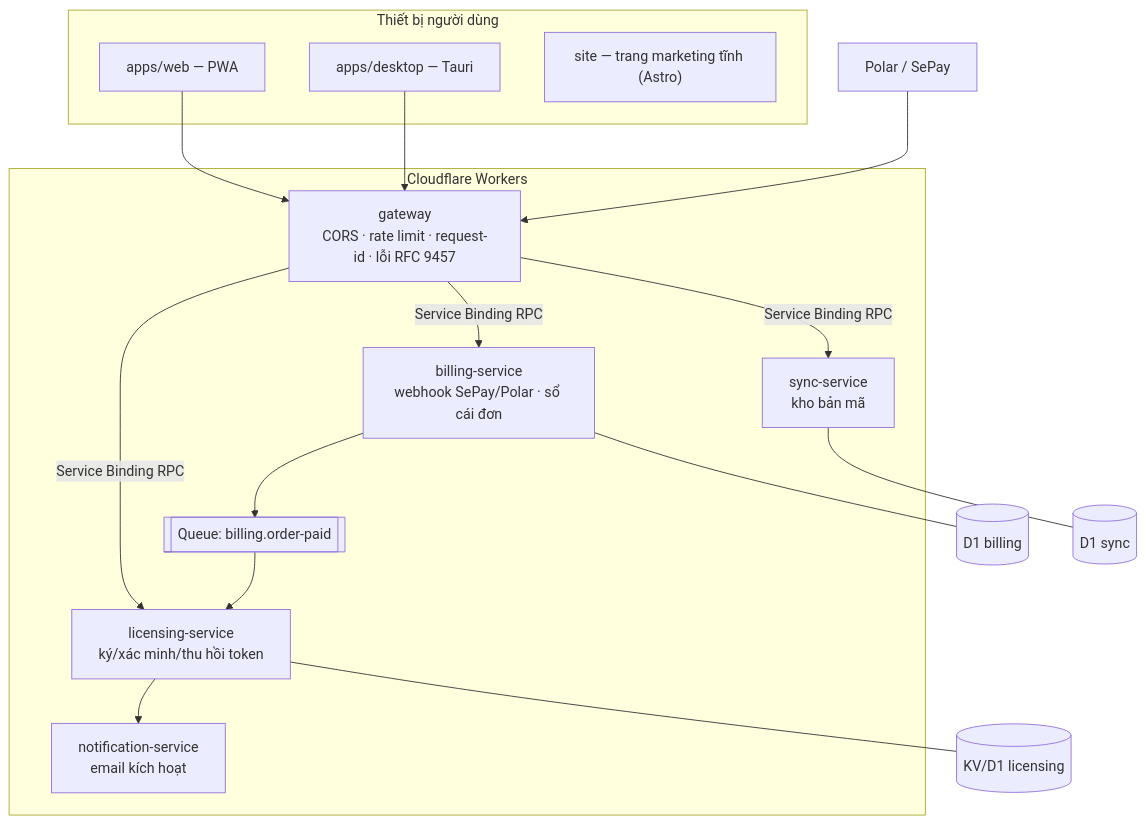
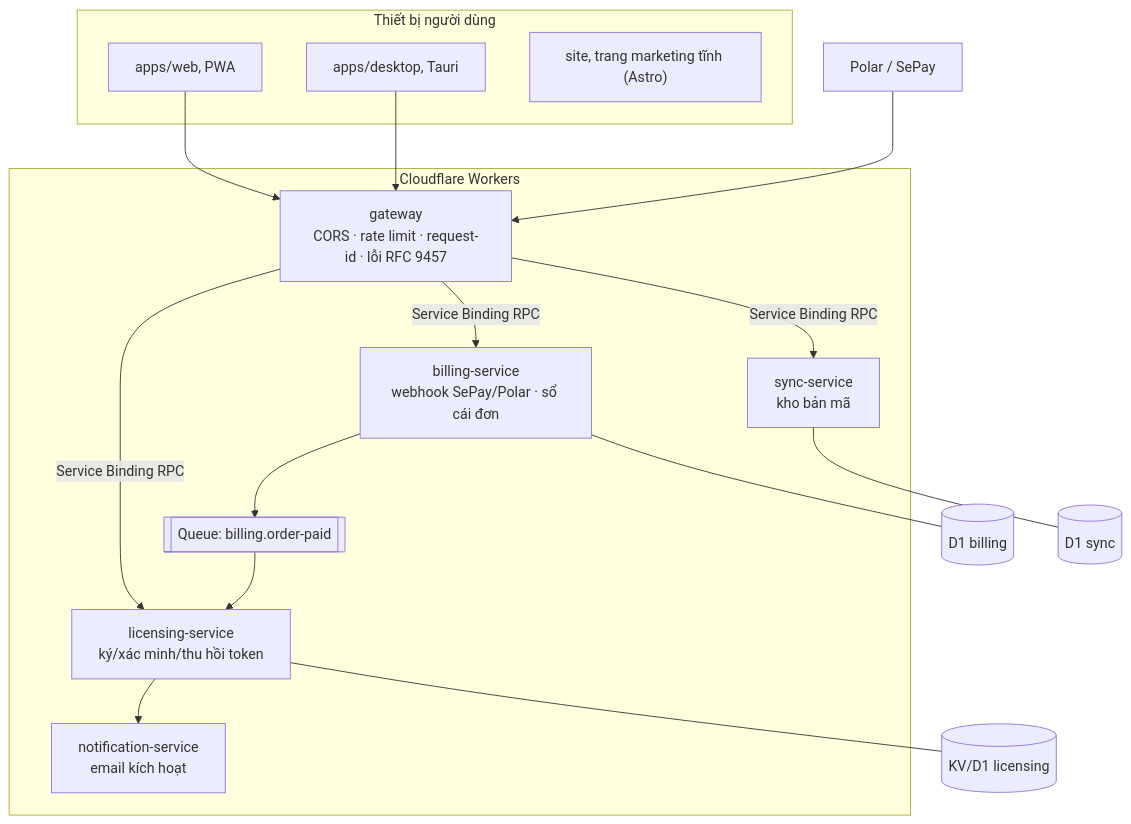
Before and after one commit to NexusPulseTech/stride-tasks: the third of 3 diagrams in docs/04-architecture/01-system-context-c4.md, drawn with Mermaid. The commit also changed other lines of this file and 125 other files, not shown here.

````diff
--- a/docs/04-architecture/01-system-context-c4.md
+++ b/docs/04-architecture/01-system-context-c4.md
@@ -53,30 +53,30 @@
 ```mermaid
 flowchart TB
   subgraph Client["Thiết bị người dùng"]
-    web["apps/web — PWA"]
-    desk["apps/desktop — Tauri"]
-    site["site — trang marketing tĩnh (Astro)"]
+    web["apps/web, PWA"]
+    desk["apps/desktop, Tauri"]
+    site["site, trang marketing tĩnh (Astro)"]
   end
   subgraph Edge["Cloudflare Workers"]
     gw["gateway<br/>CORS · rate limit · request-id · lỗi RFC 9457"]
     lic["licensing-service<br/>ký/xác minh/thu hồi token"]
     bill["billing-service<br/>webhook SePay/Polar · sổ cái đơn"]
     sync["sync-service<br/>kho bản mã"]
     notif["notification-service<br/>email kích hoạt"]
     q[["Queue: billing.order-paid"]]
     gw -->|Service Binding RPC| lic
     gw -->|Service Binding RPC| sync
     gw -->|Service Binding RPC| bill
     bill --> q --> lic
     lic --> notif
   end
   kvL[("KV/D1 licensing")]
   d1B[("D1 billing")]
   d1S[("D1 sync")]
   lic --- kvL
   bill --- d1B
   sync --- d1S
   web --> gw
   desk --> gw
   mor["Polar / SePay"] --> gw
 ```
````
